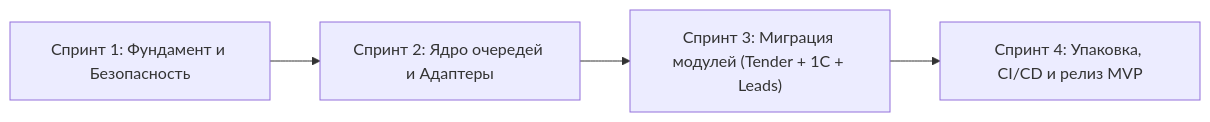
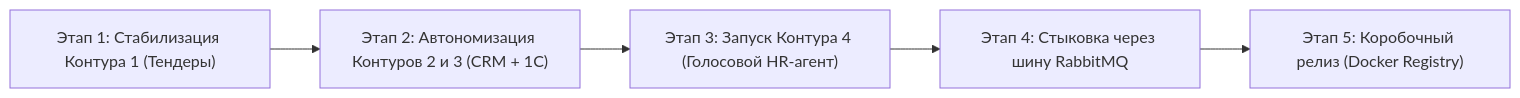
Before and after one commit to artem9119130838-glitch/codex-work: the second of 2 diagrams in docs/B2B_UNIFIED_PRODUCT_ARCHITECTURE_AND_ROADMAP.md, drawn with Mermaid. The commit also changed other lines of this file and 8 other files, not shown here.

Commit message:
docs: sync B2B architecture roadmap, non-programmer cheatsheet, and HR agent concept

````diff
--- a/docs/B2B_UNIFIED_PRODUCT_ARCHITECTURE_AND_ROADMAP.md
+++ b/docs/B2B_UNIFIED_PRODUCT_ARCHITECTURE_AND_ROADMAP.md
@@ -193,6 +176,7 @@
 ```mermaid
 flowchart LR
-    S1["Спринт 1: Фундамент и Безопасность"] --> S2["Спринт 2: Ядро очередей и Адаптеры"]
-    S2 --> S3["Спринт 3: Миграция модулей (Tender + 1C + Leads)"]
-    S3 --> S4["Спринт 4: Упаковка, CI/CD и релиз MVP"]
+    P1["Этап 1: Стабилизация Контура 1 (Тендеры)"] --> P2["Этап 2: Автономизация Контуров 2 и 3 (CRM + 1С)"]
+    P2 --> P3["Этап 3: Запуск Контура 4 (Голосовой HR-агент)"]
+    P3 --> P4["Этап 4: Стыковка через шину RabbitMQ"]
+    P4 --> P5["Этап 5: Коробочный релиз (Docker Registry)"]
 ```
````
